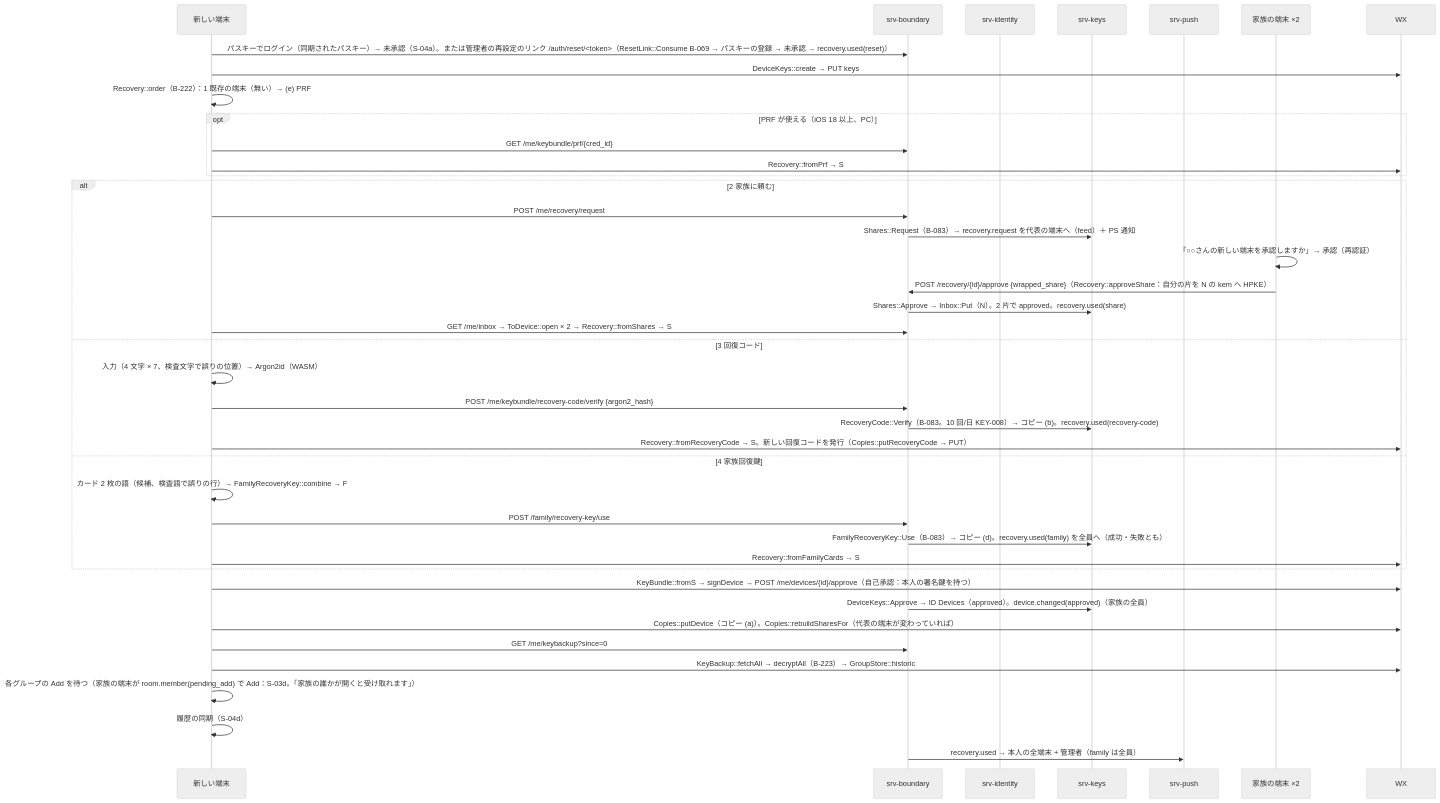
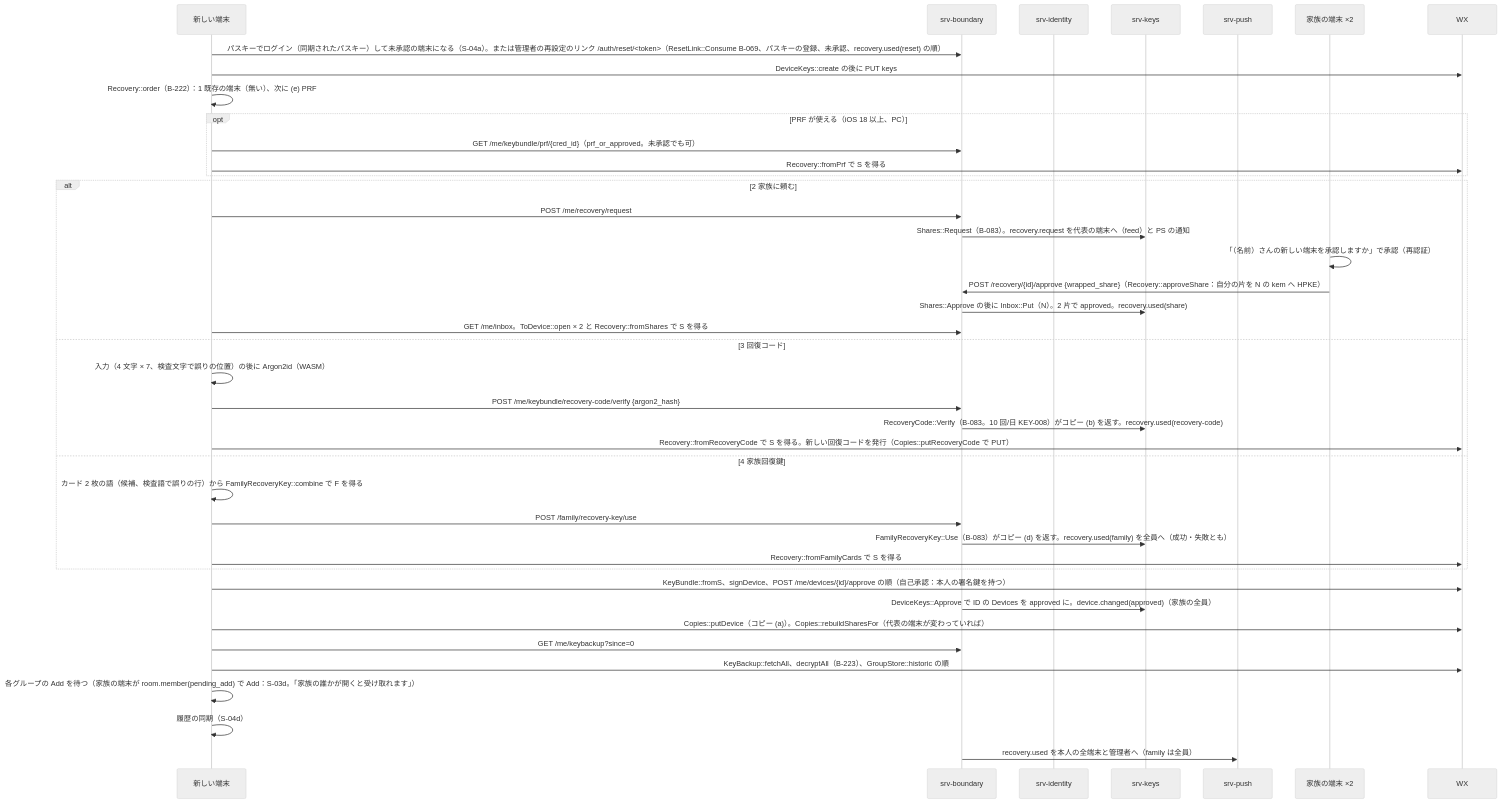
Before and after one commit to nrsd-ishikawasou/family-talk-pwa: the third of 4 diagrams in dev/docs/jp/シーケンス/04_ログインと端末.md, drawn with Mermaid (neutral theme). The commit also changed other lines of this file and 290 other files, not shown here.

````diff
--- a/dev/docs/jp/シーケンス/04_ログインと端末.md
+++ b/dev/docs/jp/シーケンス/04_ログインと端末.md
@@ -76,42 +91,42 @@
 ```mermaid
 sequenceDiagram
   participant N as 新しい端末
   participant BD as srv-boundary
   participant ID as srv-identity
   participant KY as srv-keys
   participant PS as srv-push
   participant F as 家族の端末 ×2
-  N->>BD: パスキーでログイン（同期されたパスキー）→ 未承認（S-04a）。または管理者の再設定のリンク /auth/reset/<token>（ResetLink::Consume B-069 → パスキーの登録 → 未承認 → recovery.used(reset)）
-  N->>WX: DeviceKeys::create → PUT keys
-  N->>N: Recovery::order（B-222）：1 既存の端末（無い）→ (e) PRF
+  N->>BD: パスキーでログイン（同期されたパスキー）して未承認の端末になる（S-04a）。または管理者の再設定のリンク /auth/reset/<token>（ResetLink::Consume B-069、パスキーの登録、未承認、recovery.used(reset) の順）
+  N->>WX: DeviceKeys::create の後に PUT keys
+  N->>N: Recovery::order（B-222）：1 既存の端末（無い）、次に (e) PRF
   opt PRF が使える（iOS 18 以上、PC）
-    N->>BD: GET /me/keybundle/prf/{cred_id}
-    N->>WX: Recovery::fromPrf → S
+    N->>BD: GET /me/keybundle/prf/{cred_id}（prf_or_approved。未承認でも可）
+    N->>WX: Recovery::fromPrf で S を得る
   end
   alt 2 家族に頼む
     N->>BD: POST /me/recovery/request
-    BD->>KY: Shares::Request（B-083）→ recovery.request を代表の端末へ（feed）＋ PS 通知
-    F->>F: 「○○さんの新しい端末を承認しますか」→ 承認（再認証）
+    BD->>KY: Shares::Request（B-083）。recovery.request を代表の端末へ（feed）と PS の通知
+    F->>F: 「（名前）さんの新しい端末を承認しますか」で承認（再認証）
     F->>BD: POST /recovery/{id}/approve {wrapped_share}（Recovery::approveShare：自分の片を N の kem へ HPKE）
-    BD->>KY: Shares::Approve → Inbox::Put（N）。2 片で approved。recovery.used(share)
-    N->>BD: GET /me/inbox → ToDevice::open × 2 → Recovery::fromShares → S
+    BD->>KY: Shares::Approve の後に Inbox::Put（N）。2 片で approved。recovery.used(share)
+    N->>BD: GET /me/inbox。ToDevice::open × 2 と Recovery::fromShares で S を得る
   else 3 回復コード
-    N->>N: 入力（4 文字 × 7、検査文字で誤りの位置）→ Argon2id（WASM）
+    N->>N: 入力（4 文字 × 7、検査文字で誤りの位置）の後に Argon2id（WASM）
     N->>BD: POST /me/keybundle/recovery-code/verify {argon2_hash}
-    BD->>KY: RecoveryCode::Verify（B-083。10 回/日 KEY-008）→ コピー (b)。recovery.used(recovery-code)
-    N->>WX: Recovery::fromRecoveryCode → S。新しい回復コードを発行（Copies::putRecoveryCode → PUT）
+    BD->>KY: RecoveryCode::Verify（B-083。10 回/日 KEY-008）がコピー (b) を返す。recovery.used(recovery-code)
+    N->>WX: Recovery::fromRecoveryCode で S を得る。新しい回復コードを発行（Copies::putRecoveryCode で PUT）
   else 4 家族回復鍵
-    N->>N: カード 2 枚の語（候補、検査語で誤りの行）→ FamilyRecoveryKey::combine → F
+    N->>N: カード 2 枚の語（候補、検査語で誤りの行）から FamilyRecoveryKey::combine で F を得る
     N->>BD: POST /family/recovery-key/use
-    BD->>KY: FamilyRecoveryKey::Use（B-083）→ コピー (d)。recovery.used(family) を全員へ（成功・失敗とも）
-    N->>WX: Recovery::fromFamilyCards → S
+    BD->>KY: FamilyRecoveryKey::Use（B-083）がコピー (d) を返す。recovery.used(family) を全員へ（成功・失敗とも）
+    N->>WX: Recovery::fromFamilyCards で S を得る
   end
-  N->>WX: KeyBundle::fromS → signDevice → POST /me/devices/{id}/approve（自己承認：本人の署名鍵を持つ）
-  BD->>KY: DeviceKeys::Approve → ID Devices（approved）。device.changed(approved)（家族の全員）
+  N->>WX: KeyBundle::fromS、signDevice、POST /me/devices/{id}/approve の順（自己承認：本人の署名鍵を持つ）
+  BD->>KY: DeviceKeys::Approve で ID の Devices を approved に。device.changed(approved)（家族の全員）
   N->>WX: Copies::putDevice（コピー (a)）。Copies::rebuildSharesFor（代表の端末が変わっていれば）
   N->>BD: GET /me/keybackup?since=0
-  N->>WX: KeyBackup::fetchAll → decryptAll（B-223）→ GroupStore::historic
+  N->>WX: KeyBackup::fetchAll、decryptAll（B-223）、GroupStore::historic の順
   N->>N: 各グループの Add を待つ（家族の端末が room.member(pending_add) で Add：S-03d。「家族の誰かが開くと受け取れます」）
   N->>N: 履歴の同期（S-04d）
-  BD->>PS: recovery.used → 本人の全端末 + 管理者（family は全員）
+  BD->>PS: recovery.used を本人の全端末と管理者へ（family は全員）
 ```
````
